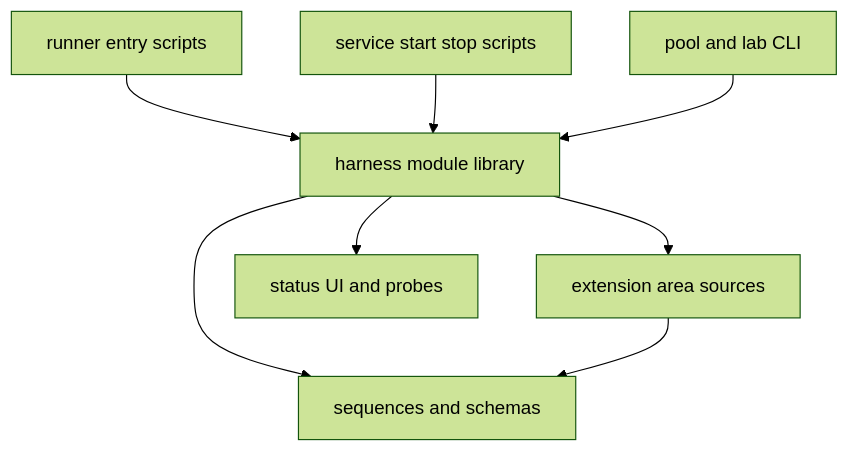
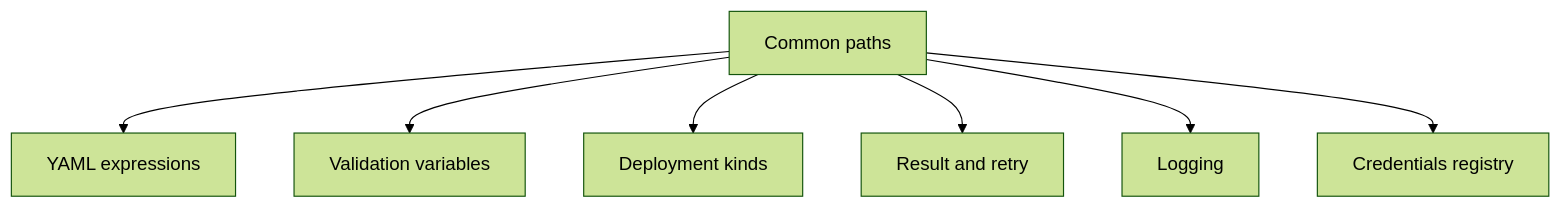
One commit to alissonsol/yuruna changed the sixth of 7 diagrams in docs/design/02-component-breakdown.md. Above: the diagram before and after it, drawn with Mermaid (forest theme). The commit also changed other lines of this file and 657 other files, not shown here.

````diff
--- a/docs/design/02-component-breakdown.md
+++ b/docs/design/02-component-breakdown.md
@@ -561,18 +131,9 @@
 ```mermaid
 flowchart TD
-    runner-entrypoints["runner entry scripts"]
-    runner-modules["harness module library"]
-    extension-areas["extension area sources"]
-    sequence-schema-data["sequences and schemas"]
-    service-scripts["service start stop scripts"]
-    pool-lab-cli["pool and lab CLI"]
-    status-ui-check["status UI and probes"]
-
-    runner-entrypoints --> runner-modules
-    runner-modules --> sequence-schema-data
-    runner-modules --> extension-areas
-    runner-modules --> status-ui-check
-    service-scripts --> runner-modules
-    pool-lab-cli --> runner-modules
-    extension-areas --> sequence-schema-data
+  common-paths["Common paths"] --> yaml-expressions["YAML expressions"]
+  common-paths --> validation-variables["Validation variables"]
+  common-paths --> deployment-kinds["Deployment kinds"]
+  common-paths --> result-retry["Result and retry"]
+  common-paths --> logging["Logging"]
+  common-paths --> credentials-registry["Credentials registry"]
 ```
````
